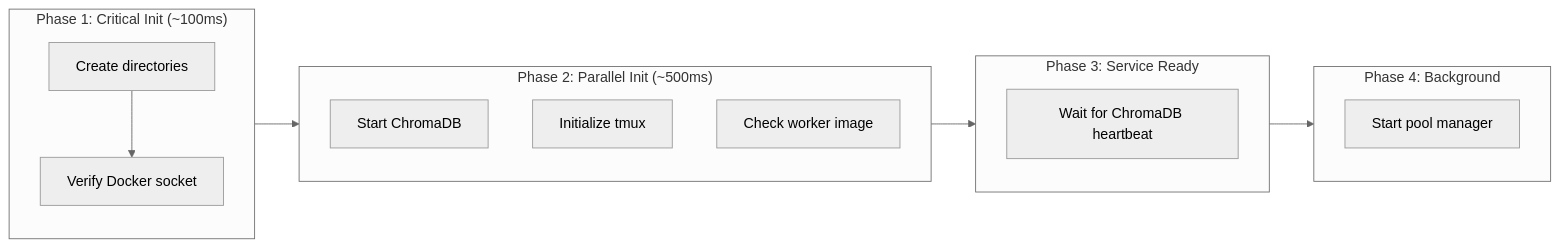
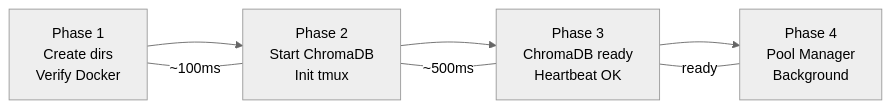
Before and after one commit to Hellblazer/hal-9000: the second of 5 diagrams in plugins/hal-9000/docs/dind/ARCHITECTURE.md, drawn with Mermaid (neutral theme). The commit also changed other lines of this file and 4 other files, not shown here.

First line of the commit message:
docs: Redesign all mermaid diagrams for clarity and clean rendering

````diff
--- a/plugins/hal-9000/docs/dind/ARCHITECTURE.md
+++ b/plugins/hal-9000/docs/dind/ARCHITECTURE.md
@@ -63,24 +52,11 @@
 ```mermaid
 flowchart LR
-    subgraph Phase1["Phase 1: Critical Init (~100ms)"]
-        A1[Create directories] --> A2[Verify Docker socket]
-    end
+    A["Phase 1<br/>Create dirs<br/>Verify Docker"] -->
+    B["Phase 2<br/>Start ChromaDB<br/>Init tmux"] -->
+    C["Phase 3<br/>ChromaDB ready<br/>Heartbeat OK"] -->
+    D["Phase 4<br/>Pool Manager<br/>Background"]
 
-    subgraph Phase2["Phase 2: Parallel Init (~500ms)"]
-        B1[Start ChromaDB]
-        B2[Initialize tmux]
-        B3[Check worker image]
-    end
-
-    subgraph Phase3["Phase 3: Service Ready"]
-        C1[Wait for ChromaDB heartbeat]
-    end
-
-    subgraph Phase4["Phase 4: Background"]
-        D1[Start pool manager]
-    end
-
-    Phase1 --> Phase2
-    Phase2 --> Phase3
-    Phase3 --> Phase4
+    A ---|~100ms| B
+    B ---|~500ms| C
+    C ---|ready| D
 ```
````
